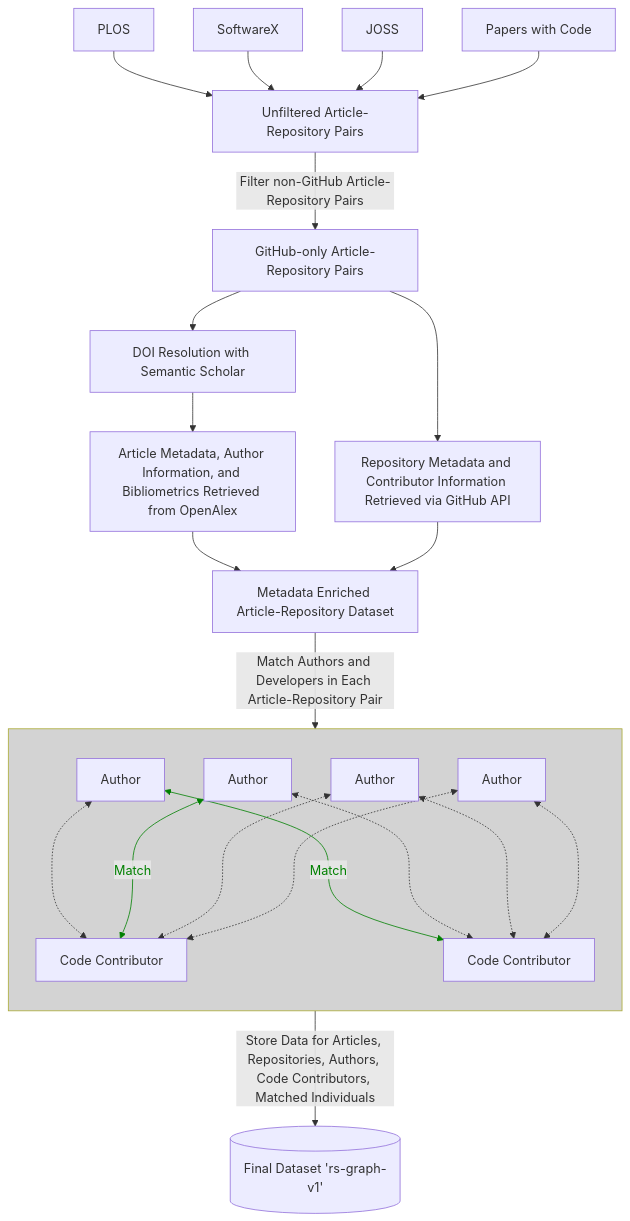
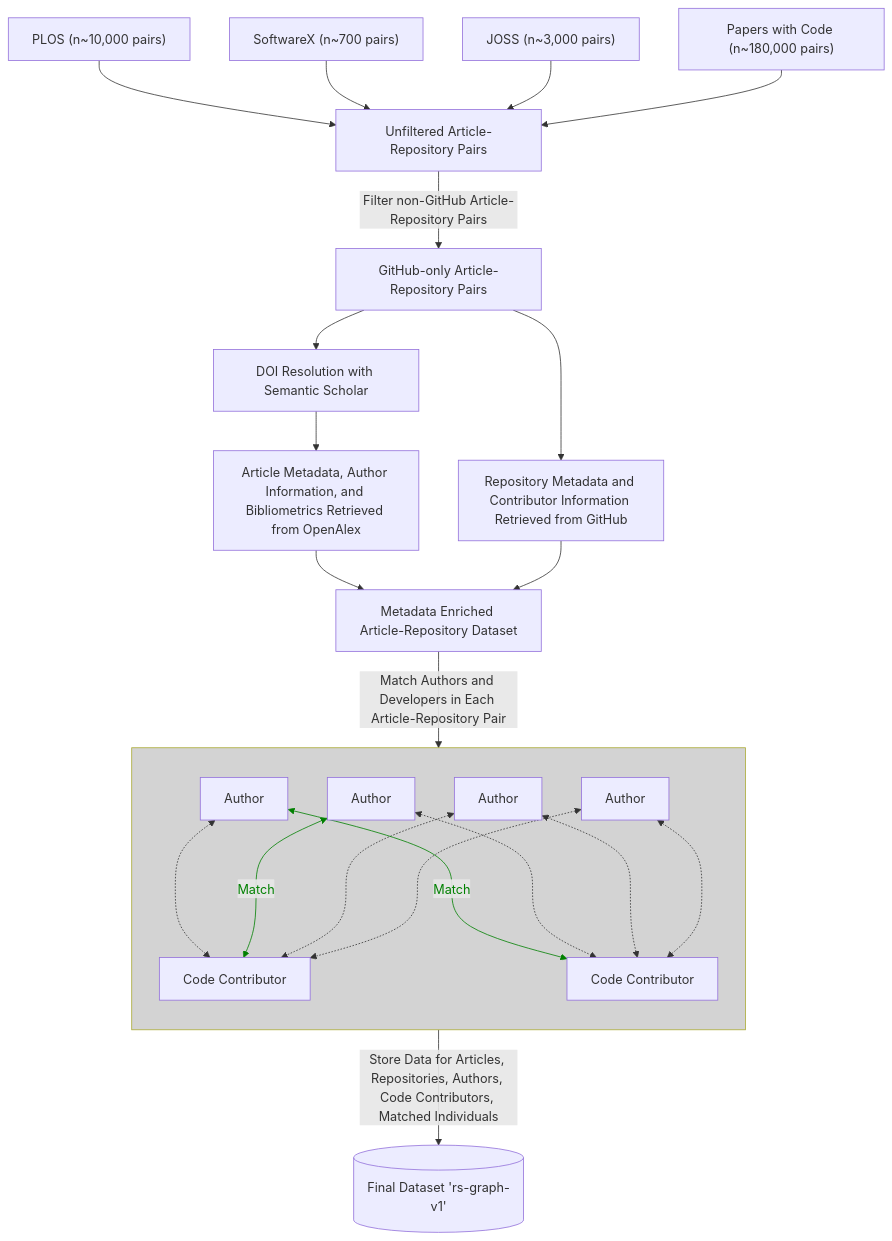
One commit to evamaxfield/rs-graph changed the diagram in publications/qss-code-authors/qss-code-authors.qmd. Above: the diagram before and after it, drawn with Mermaid. The commit also changed other lines of this file and 3 other files, not shown here.

Commit message:
Lots of text changes to the paper, some minor figure changes, and getting the number of article-repository pairs for each data source prior to filtering means updating pwc ingestion

````diff
--- a/publications/qss-code-authors/qss-code-authors.qmd
+++ b/publications/qss-code-authors/qss-code-authors.qmd
@@ -635,50 +641,50 @@
 ```{mermaid}
 %%| label: fig-workflow-diagram
 %%| fig-cap: Data Gathering and Processing Workflow. We begin by gathering article-repository pairs from PLOS, JOSS, SoftwareX, and Papers with Code, retaining only pairs where the source code repository is hosted on GitHub. For each article-repository pair, we retrieve the DOI for the most recent version of the article via the Semantic Scholar API, then obtain the article's metadata, author information, and bibliometric data from OpenAlex. In parallel, we collect the source code repository's metadata and contributor information using the GitHub API. After retrieving both article and repository information, we apply our trained author-developer matching model across all possible combinations of article authors and repository contributors for each article-repository pair. Finally, we store all retrieved information and the matched author-developer pairs in a SQLite database.
 %%| fig-height: 7
 %%| fig-align: center
 
 flowchart TB
 
 %% sources %%
-plos[PLOS] --> unfiltered[Unfiltered Article-Repository Pairs]
-softwarex[SoftwareX] --> unfiltered
-joss[JOSS] --> unfiltered
-pwc[Papers with Code] --> unfiltered
+plos["PLOS (n~10,000 pairs)"] --> unfiltered[Unfiltered Article-Repository Pairs]
+softwarex["SoftwareX (n~700 pairs)"] --> unfiltered
+joss["JOSS (n~3,000 pairs)"] --> unfiltered
+pwc["Papers with Code (n~180,000 pairs)"] --> unfiltered
 
 %% filtering %%
 unfiltered --> |Filter non-GitHub Article-Repository Pairs| dataset[GitHub-only Article-Repository Pairs]
 
 %% article processing %%
 dataset --> s2[DOI Resolution with Semantic Scholar]
 s2 --> openalex[Article Metadata, Author Information, and Bibliometrics Retrieved from OpenAlex]
 
 %% repo processing %%
-dataset --> gh-api[Repository Metadata and Contributor Information Retrieved via GitHub API]
+dataset --> gh-api[Repository Metadata and Contributor Information Retrieved from GitHub]
 
 %% merge %%
 openalex --> core-dataset[Metadata Enriched Article-Repository Dataset]
 gh-api --> core-dataset
 
 %% author-developer matching %%
 subgraph admatching[" "]
     direction TB
 	
 	author1[Author] <-..-> contrib1[Code Contributor]
 	author2[Author] <--> |Match| contrib1
 	author3[Author] <-..-> contrib1
 	author4[Author] <-..-> contrib1
 	author1 <--> |Match| contrib2[Code Contributor]
 	author2 <-..-> contrib2
 	author3 <-..-> contrib2
 	author4 <-..-> contrib2
 	
 	linkStyle 11,14 stroke:green,color:green;
 end
 
 core-dataset --> |Match Authors and Developers in Each Article-Repository Pair| admatching
 
 admatching --> |Store Data for Articles, Repositories, Authors, Code Contributors, Matched Individuals| final-dataset[("Final Dataset 'rs-graph-v1'")]
 
 style admatching fill: lightgrey
 ```
````
